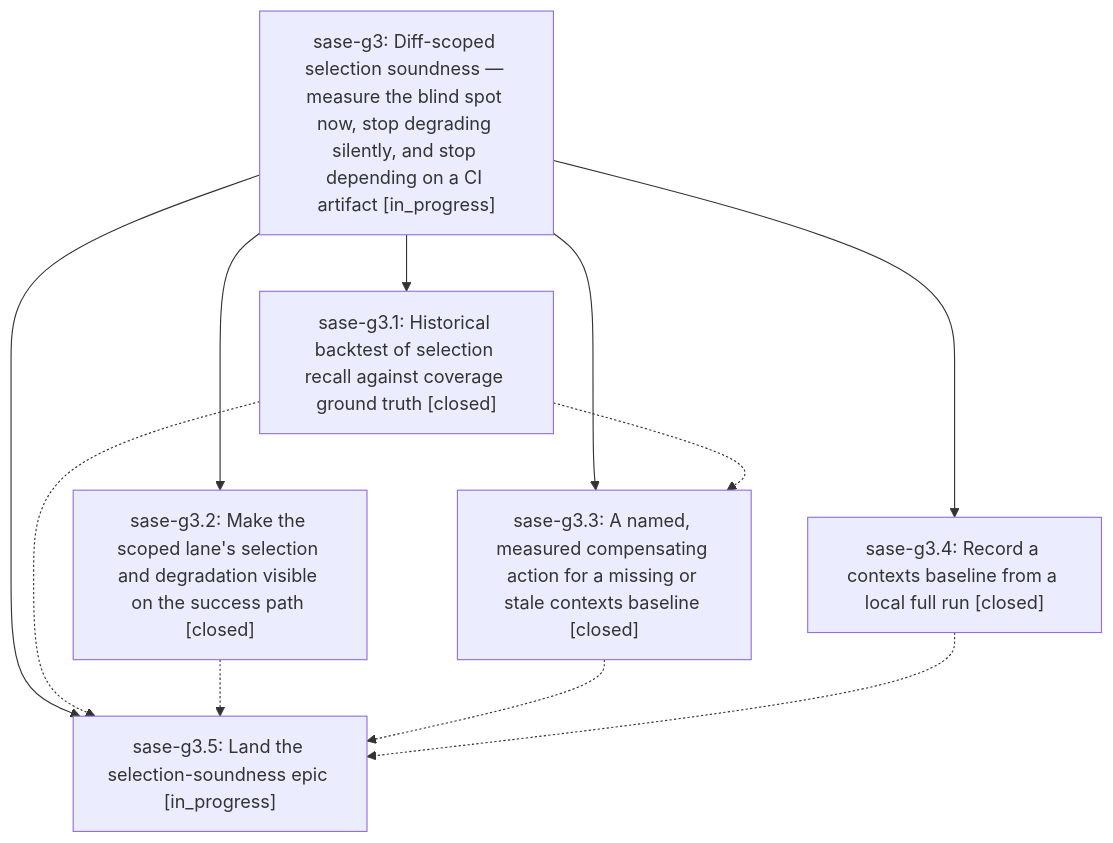
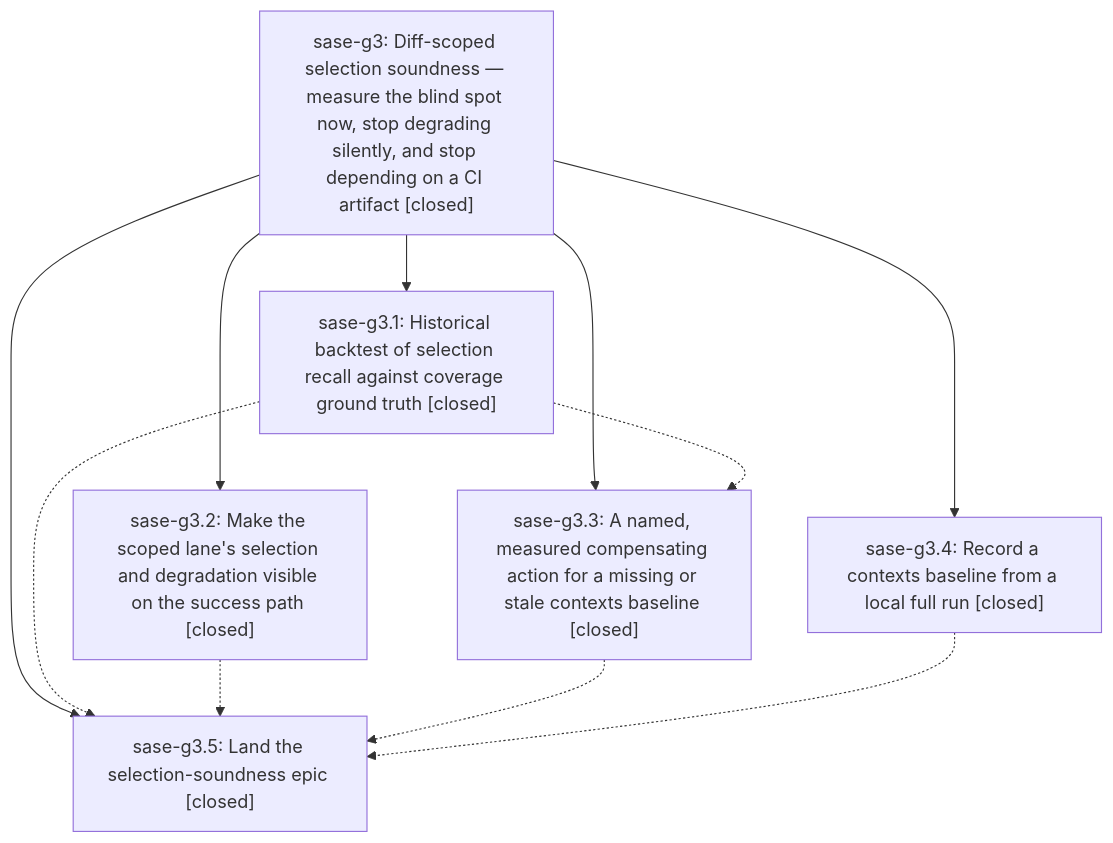
The diagram in pages/sase-g3/README.md (sase-org/sase--beads), drawn with Mermaid before and after one commit. The commit also changed other lines of this file and 5 other files, not shown here.

````diff
--- a/pages/sase-g3/README.md
+++ b/pages/sase-g3/README.md
@@ -26,19 +40,19 @@
 ```mermaid
 flowchart TD
-    n0["sase-g3: Diff-scoped selection soundness — measure the blind spot now, stop degrading silently, and stop depending on a CI artifact [in_progress]"]
+    n0["sase-g3: Diff-scoped selection soundness — measure the blind spot now, stop degrading silently, and stop depending on a CI artifact [closed]"]
     n1["sase-g3.1: Historical backtest of selection recall against coverage ground truth [closed]"]
     n2["sase-g3.2: Make the scoped lane's selection and degradation visible on the success path [closed]"]
     n3["sase-g3.3: A named, measured compensating action for a missing or stale contexts baseline [closed]"]
     n4["sase-g3.4: Record a contexts baseline from a local full run [closed]"]
-    n5["sase-g3.5: Land the selection-soundness epic [in_progress]"]
+    n5["sase-g3.5: Land the selection-soundness epic [closed]"]
     n0 --> n1
     n0 --> n2
     n0 --> n3
     n0 --> n4
     n0 --> n5
     n1 -.-> n3
     n1 -.-> n5
     n2 -.-> n5
     n3 -.-> n5
     n4 -.-> n5
 ```
````
